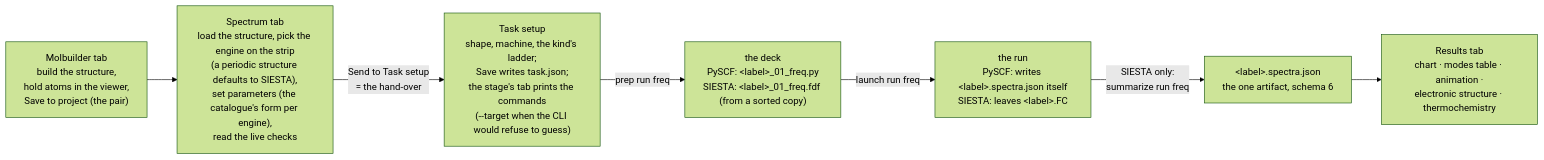
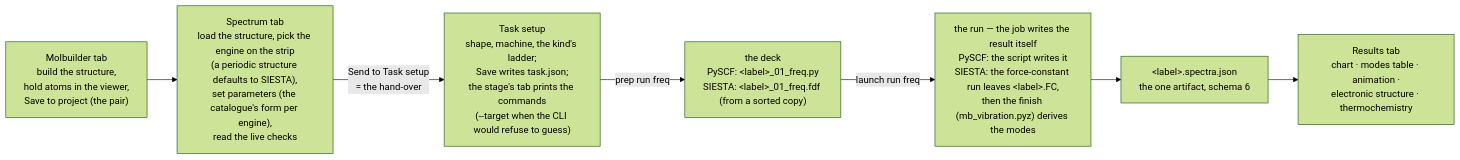
One commit to Qing-LAB/molbuilder changed the first of 2 diagrams in docs/engines/vibration.md. Above: the diagram before and after it, drawn with Mermaid (forest theme). The commit also changed other lines of this file and 61 other files, not shown here.

````diff
--- a/docs/engines/vibration.md
+++ b/docs/engines/vibration.md
@@ -184,9 +184,9 @@
 ```mermaid
 flowchart LR
   M["Molbuilder tab<br/>build the structure,<br/>hold atoms in the viewer,<br/>Save to project (the pair)"] --> S["Spectrum tab<br/>load the structure, pick the engine on the strip<br/>(a periodic structure defaults to SIESTA),<br/>set parameters (the catalogue's form per engine),<br/>read the live checks"]
   S -->|"Send to Task setup<br/>= the hand-over"| T["Task setup<br/>shape, machine, the kind's ladder;<br/>Save writes task.json;<br/>the stage's tab prints the commands<br/>(--target when the CLI would refuse to guess)"]
   T -->|"prep run freq"| P["the deck<br/>PySCF: &lt;label&gt;_01_freq.py<br/>SIESTA: &lt;label&gt;_01_freq.fdf (from a sorted copy)"]
-  P -->|"launch run freq"| R["the run<br/>PySCF: writes &lt;label&gt;.spectra.json itself<br/>SIESTA: leaves &lt;label&gt;.FC"]
-  R -->|"SIESTA only:<br/>summarize run freq"| A["&lt;label&gt;.spectra.json<br/>the one artifact, schema 6"]
+  P -->|"launch run freq"| R["the run — the job writes the result itself<br/>PySCF: the script writes it<br/>SIESTA: the force-constant run leaves &lt;label&gt;.FC,<br/>then the finish (mb_vibration.pyz) derives the modes"]
+  R --> A["&lt;label&gt;.spectra.json<br/>the one artifact, schema 6"]
   A --> V["Results tab<br/>chart · modes table · animation ·<br/>electronic structure · thermochemistry"]
 ```
````
